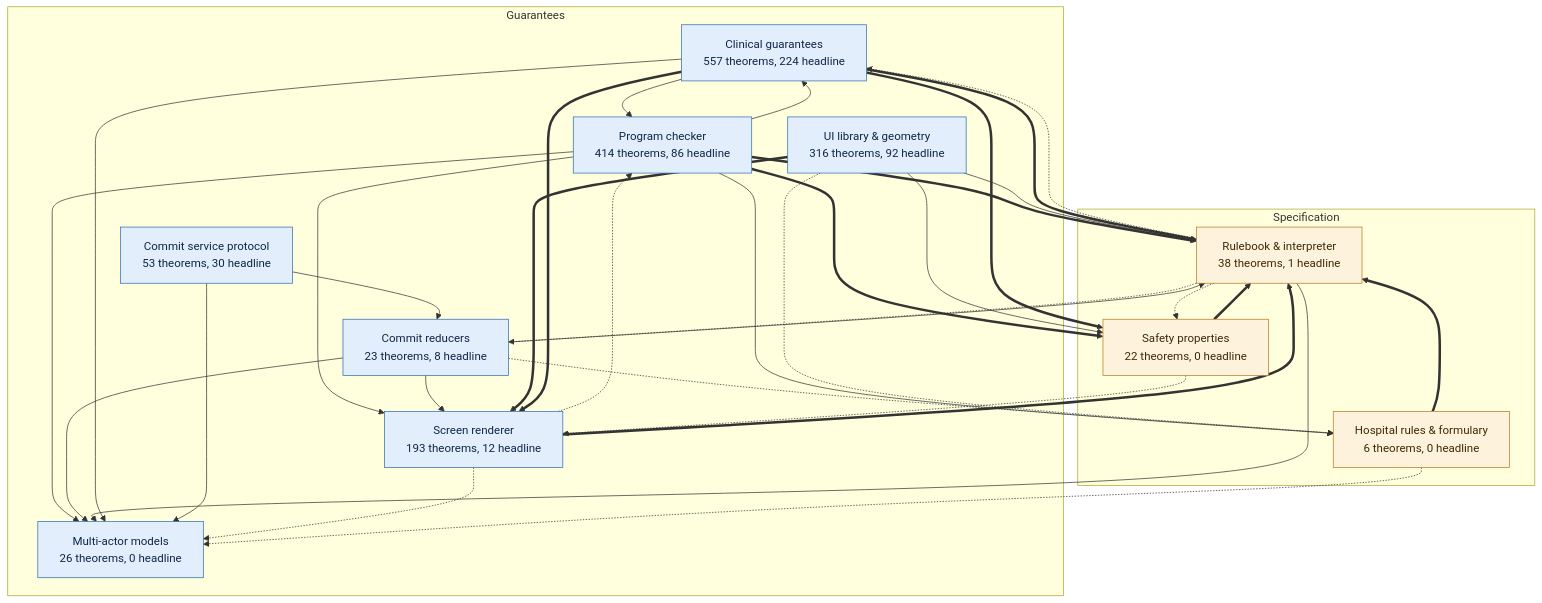
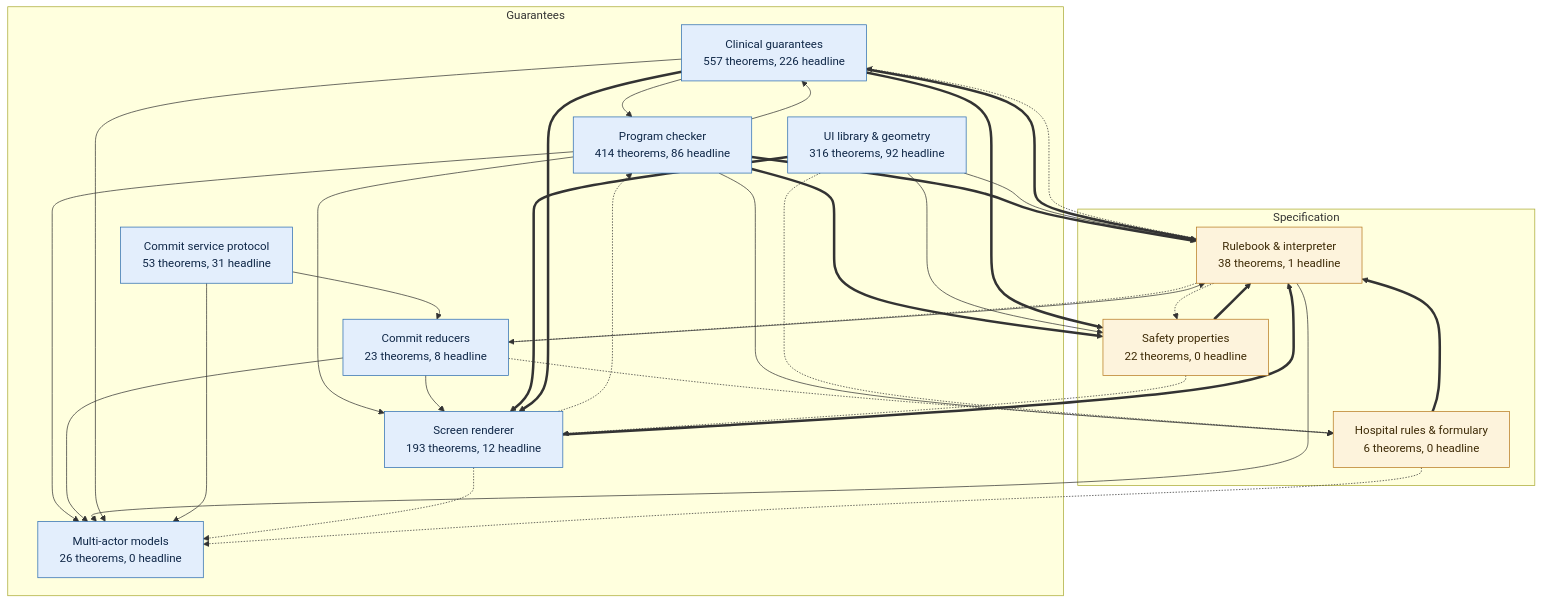
One commit to saithat/VGI-Health changed the first of 10 diagrams in docs/proof-map.md. Above: the diagram before and after it, drawn with Mermaid. The commit also changed other lines of this file, not shown here.

````diff
--- a/docs/proof-map.md
+++ b/docs/proof-map.md
@@ -15,51 +15,51 @@
 ```mermaid
 flowchart TB
   subgraph guar_g["Guarantees"]
-    proofs["Clinical guarantees<br/>557 theorems, 224 headline"]:::guar
+    proofs["Clinical guarantees<br/>557 theorems, 226 headline"]:::guar
     check["Program checker<br/>414 theorems, 86 headline"]:::guar
     render["Screen renderer<br/>193 theorems, 12 headline"]:::guar
     layout["UI library &amp; geometry<br/>316 theorems, 92 headline"]:::guar
     commit["Commit reducers<br/>23 theorems, 8 headline"]:::guar
-    protocol["Commit service protocol<br/>53 theorems, 30 headline"]:::guar
+    protocol["Commit service protocol<br/>53 theorems, 31 headline"]:::guar
     multi["Multi-actor models<br/>26 theorems, 0 headline"]:::guar
   end
   subgraph spec_g["Specification"]
     core["Rulebook &amp; interpreter<br/>38 theorems, 1 headline"]:::spec
     props["Safety properties<br/>22 theorems, 0 headline"]:::spec
     specs["Hospital rules &amp; formulary<br/>6 theorems, 0 headline"]:::spec
   end
   check ==> core
   check --> multi
   check --> proofs
   check ==> props
   check --> render
   check --> specs
   commit --> core
   commit --> multi
   commit --> render
   commit -.-> specs
   core -.-> commit
   core --> multi
   core -.-> proofs
   core -.-> props
   layout --> core
   layout --> props
   layout ==> render
   layout -.-> specs
   proofs --> check
   proofs ==> core
   proofs --> multi
   proofs ==> props
   proofs ==> render
   props ==> core
   props -.-> render
   protocol --> commit
   protocol --> multi
   render -.-> check
   render ==> core
   render -.-> multi
   specs ==> core
   specs -.-> multi
   classDef spec fill:#fdf3dc,stroke:#b7791f,color:#3d2a06
   classDef guar fill:#e3eefc,stroke:#2b6cb0,color:#0f2747
 ```
````
